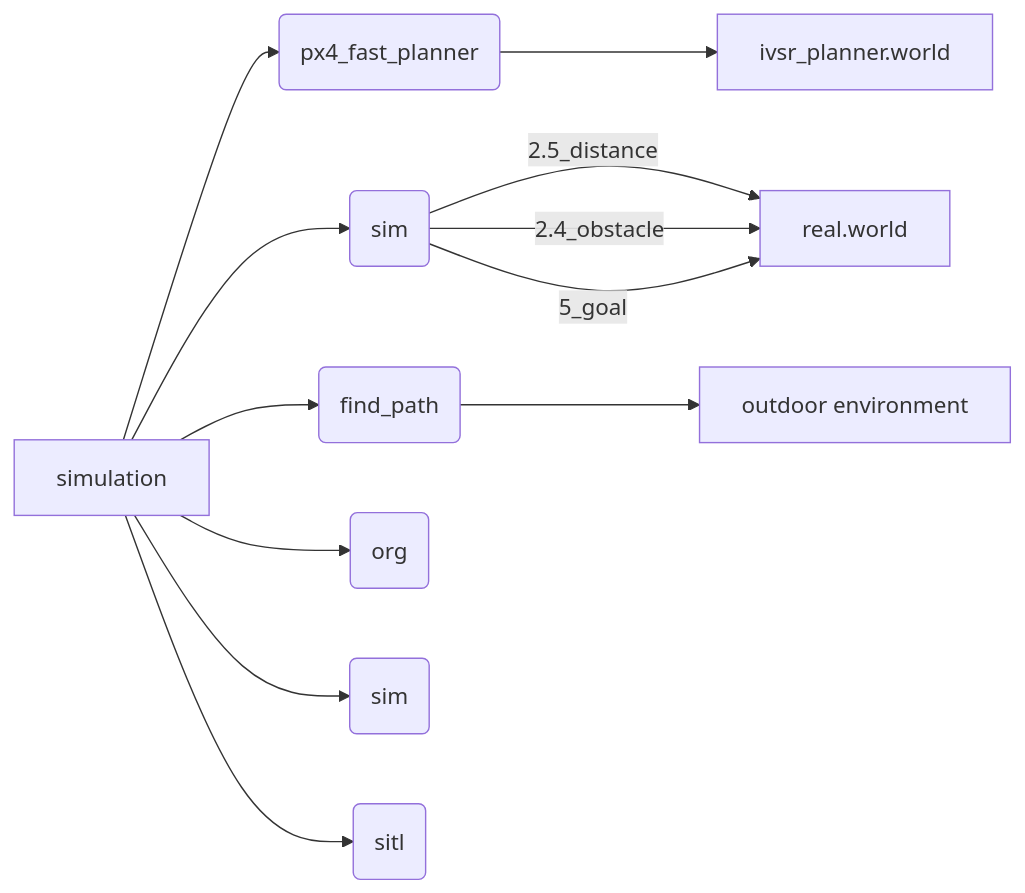
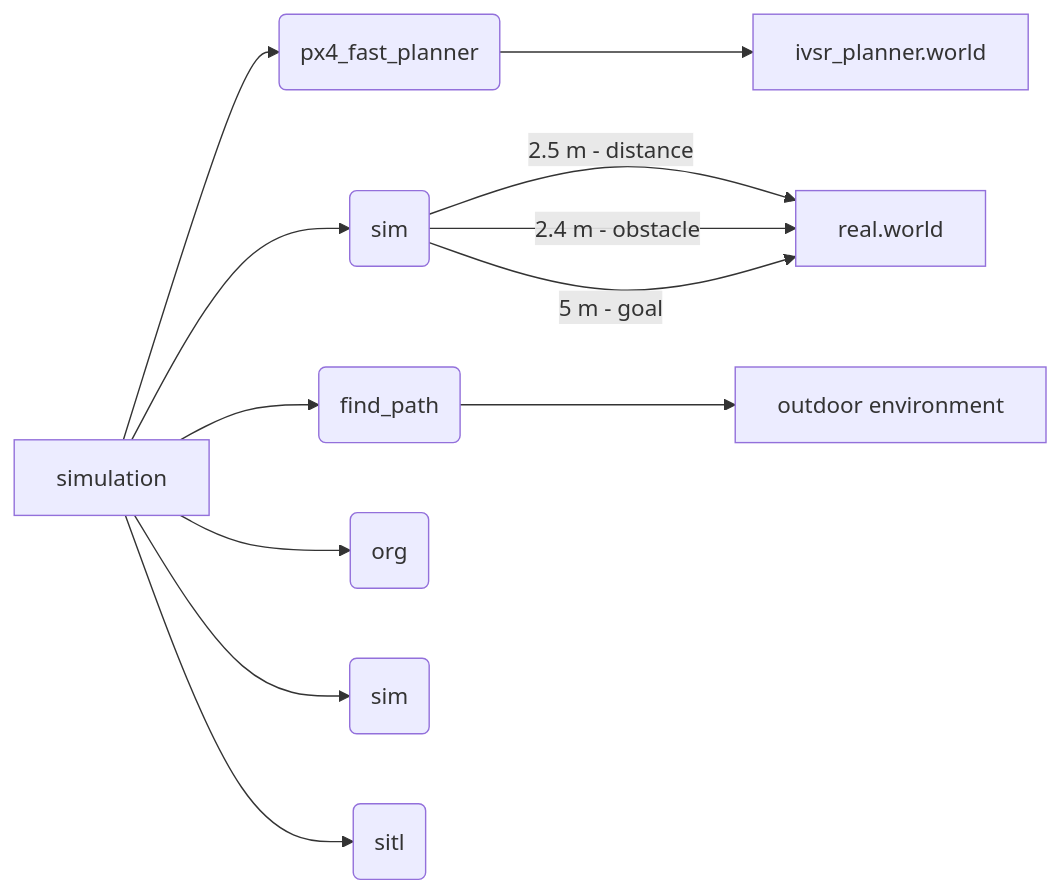
Before and after one commit to Dieptranivsr/drone_extend: the fourth of 4 diagrams in README.md, drawn with Mermaid.

````diff
--- a/README.md
+++ b/README.md
@@ -33,15 +33,15 @@
 ```mermaid
 flowchart LR 
 
 A[simulation] --> B(px4_fast_planner)
 B --> C[ivsr_planner.world]
 A --> D(sim)
-D -->|2.5_distance| E[real.world]
-D -->|2.4_obstacle| E
-D -->|5_goal| E
+D -->|2.5 m - distance| E[real.world]
+D -->|2.4 m - obstacle| E
+D -->|5 m - goal| E
 A --> F(find_path)
 F --> G[outdoor environment]
 A --> H(org)
 A --> J(sim)
 A --> K(sitl)
 ```
````
